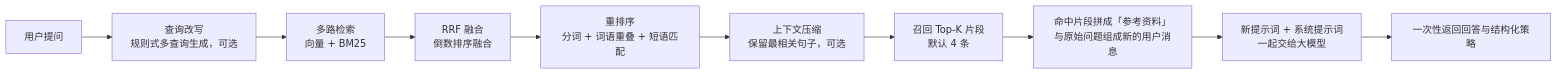
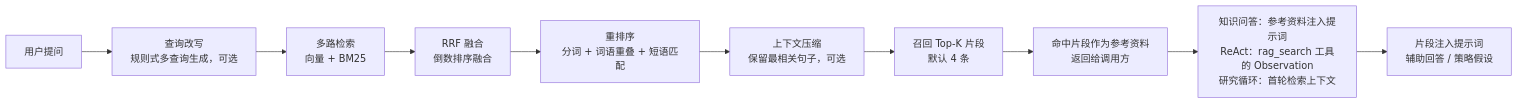
The ninth of 11 diagrams in README.md (Song-Yingji/Iktsuarpok), drawn with Mermaid before and after one commit. The commit also changed other lines of this file and 16 other files, not shown here.

````diff
--- a/README.md
+++ b/README.md
@@ -540,12 +577,12 @@
 ```mermaid
 flowchart LR
     A[用户提问] --> B[查询改写<br/>规则式多查询生成，可选]
     B --> C[多路检索<br/>向量 + BM25]
     C --> D[RRF 融合<br/>倒数排序融合]
     D --> E[重排序<br/>分词 + 词语重叠 + 短语匹配]
     E --> F[上下文压缩<br/>保留最相关句子，可选]
     F --> G[召回 Top-K 片段<br/>默认 4 条]
-    G --> H[命中片段拼成「参考资料」<br/>与原始问题组成新的用户消息]
-    H --> I[新提示词 + 系统提示词<br/>一起交给大模型]
-    I --> J[一次性返回回答与结构化策略]
+    G --> H[命中片段作为参考资料<br/>返回给调用方]
+    H --> I[知识问答：参考资料注入提示词<br/>ReAct：rag_search 工具的 Observation<br/>研究循环：首轮检索上下文]
+    I --> J[片段注入提示词<br/>辅助回答 / 策略假设]
 ```
````
